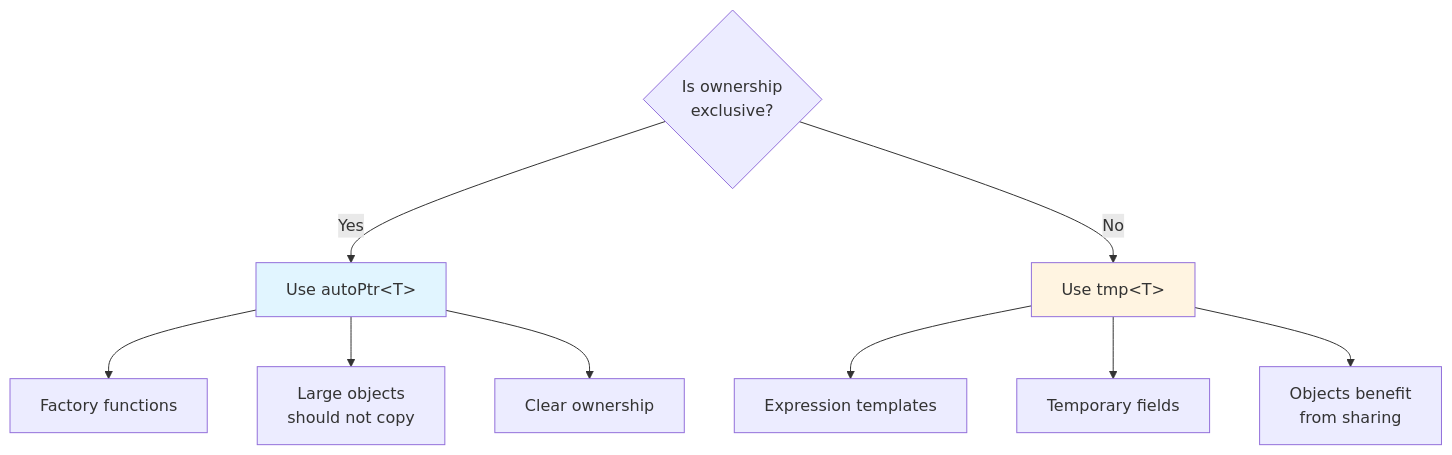
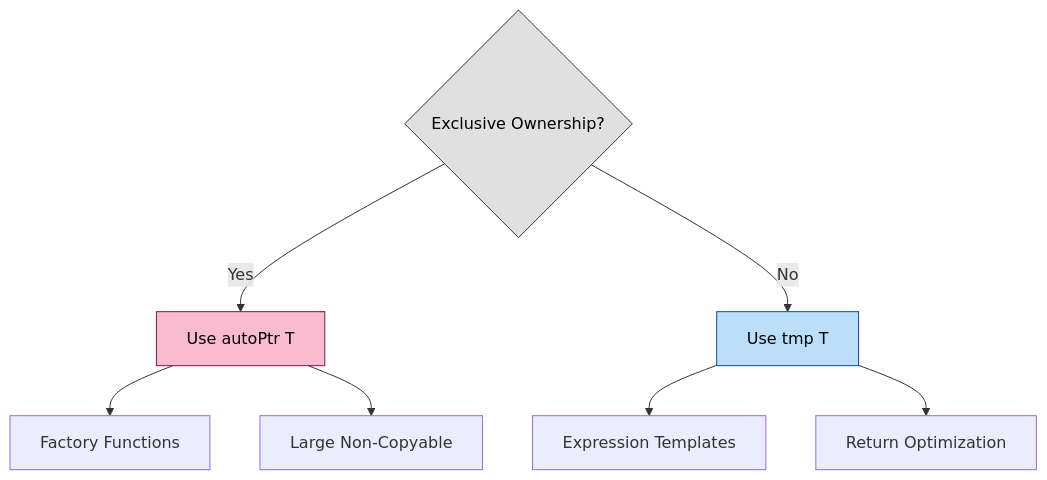
Before and after one commit to wramet/build-my-cfd: the seventh of 7 diagrams in MODULE_05_OPENFOAM_PROGRAMMING/CONTENT/03_CONTAINERS_MEMORY/02_Memory_Management_Fundamentals.md, drawn with Mermaid. The commit also changed other lines of this file and 313 other files, not shown here.

Commit message:
Revise all diagram

````diff
--- a/MODULE_05_OPENFOAM_PROGRAMMING/CONTENT/03_CONTAINERS_MEMORY/02_Memory_Management_Fundamentals.md
+++ b/MODULE_05_OPENFOAM_PROGRAMMING/CONTENT/03_CONTAINERS_MEMORY/02_Memory_Management_Fundamentals.md
@@ -1329,16 +1344,17 @@
 ```mermaid
 flowchart TD
-    A{Is ownership<br/>exclusive?} -->|Yes| B[Use autoPtr&lt;T&gt;]
-    A -->|No| C[Use tmp&lt;T&gt;]
-
-    B --> D[Factory functions]
-    B --> E[Large objects<br/>should not copy]
-    B --> F[Clear ownership]
-
-    C --> G[Expression templates]
-    C --> H[Temporary fields]
-    C --> I[Objects benefit<br/>from sharing]
-
-    style B fill:#e1f5ff
-    style C fill:#fff4e1
+    classDef q fill:#e0e0e0,stroke:#333,shape:diamond,color:#000
+    classDef auto fill:#f8bbd0,stroke:#880e4f,color:#000
+    classDef tmp fill:#bbdefb,stroke:#0d47a1,color:#000
+    
+    Q1{Exclusive Ownership?}:::q
+    
+    Q1 -- Yes --> Auto[Use autoPtr T]:::auto
+    Q1 -- No --> Tmp[Use tmp T]:::tmp
+    
+    Auto --> A1[Factory Functions]
+    Auto --> A2[Large Non-Copyable]
+    
+    Tmp --> T1[Expression Templates]
+    Tmp --> T2[Return Optimization]
 ```
````
